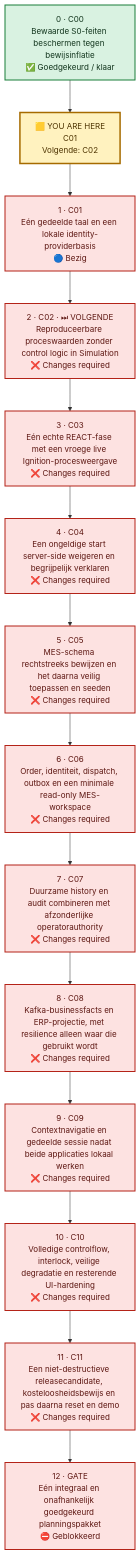
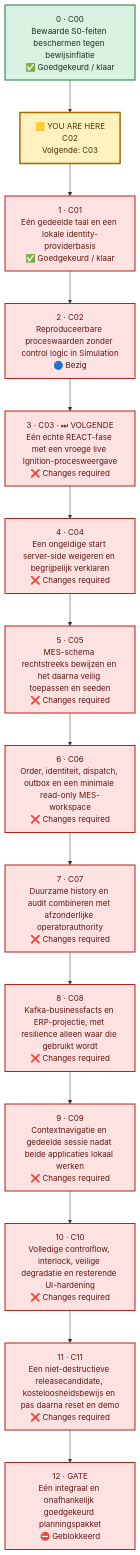
One commit to Jandesch91/n1-bioforge-requirements-cockpit changed the diagram in chunks.mmd. Above: the diagram before and after it, drawn with Mermaid. The commit also changed 3 other files, not shown here.

```diff
--- a/chunks.mmd
+++ b/chunks.mmd
@@ -1,27 +1,27 @@
 %%{init: {"flowchart": {"curve": "linear", "nodeSpacing": 55, "rankSpacing": 65, "htmlLabels": true}}}%%
 flowchart TB
     %% One vertical lane: order is explicit and no dependency arrows cross.
     chunk_0["0 · C00<br/>Bewaarde S0-feiten beschermen tegen bewijsinflatie<br/>✅ Goedgekeurd / klaar"]
-    chunk_1["1 · C01<br/>Eén gedeelde taal en een lokale identity-providerbasis<br/>🔵 Bezig"]
-    chunk_2["2 · C02 · ⏭ VOLGENDE<br/>Reproduceerbare proceswaarden zonder control logic in Simulation<br/>❌ Changes required"]
-    chunk_3["3 · C03<br/>Eén echte REACT-fase met een vroege live Ignition-procesweergave<br/>❌ Changes required"]
+    chunk_1["1 · C01<br/>Eén gedeelde taal en een lokale identity-providerbasis<br/>✅ Goedgekeurd / klaar"]
+    chunk_2["2 · C02<br/>Reproduceerbare proceswaarden zonder control logic in Simulation<br/>🔵 Bezig"]
+    chunk_3["3 · C03 · ⏭ VOLGENDE<br/>Eén echte REACT-fase met een vroege live Ignition-procesweergave<br/>❌ Changes required"]
     chunk_4["4 · C04<br/>Een ongeldige start server-side weigeren en begrijpelijk verklaren<br/>❌ Changes required"]
     chunk_5["5 · C05<br/>MES-schema rechtstreeks bewijzen en het daarna veilig toepassen en seeden<br/>❌ Changes required"]
     chunk_6["6 · C06<br/>Order, identiteit, dispatch, outbox en een minimale read-only MES-workspace<br/>❌ Changes required"]
     chunk_7["7 · C07<br/>Duurzame history en audit combineren met afzonderlijke operatorauthority<br/>❌ Changes required"]
     chunk_8["8 · C08<br/>Kafka-businessfacts en ERP-projectie, met resilience alleen waar die gebruikt wordt<br/>❌ Changes required"]
     chunk_9["9 · C09<br/>Contextnavigatie en gedeelde sessie nadat beide applicaties lokaal werken<br/>❌ Changes required"]
     chunk_10["10 · C10<br/>Volledige controlflow, interlock, veilige degradatie en resterende UI-hardening<br/>❌ Changes required"]
     chunk_11["11 · C11<br/>Een niet-destructieve releasecandidate, kosteloosheidsbewijs en pas daarna reset en demo<br/>❌ Changes required"]
     chunk_12["12 · GATE<br/>Eén integraal en onafhankelijk goedgekeurd planningspakket<br/>⛔ Geblokkeerd"]
-    current_marker["🟨 YOU ARE HERE<br/>C01<br/>Volgende: C02"]
+    current_marker["🟨 YOU ARE HERE<br/>C02<br/>Volgende: C03"]
     chunk_0 --> current_marker --> chunk_1
     chunk_1 --> chunk_2 --> chunk_3 --> chunk_4 --> chunk_5 --> chunk_6 --> chunk_7 --> chunk_8 --> chunk_9 --> chunk_10 --> chunk_11 --> chunk_12
     classDef approved fill:#D9F2E1,stroke:#1B7F3A,color:#12351D,stroke-width:2px
     classDef changes fill:#FDE2E1,stroke:#B42318,color:#5D1712,stroke-width:2px
     classDef blocked fill:#FDE2E1,stroke:#B42318,color:#5D1712,stroke-width:2px
     classDef current fill:#FFF2BF,stroke:#A66B00,color:#4D3300,stroke-width:3px
     class chunk_0 approved
     class chunk_1,chunk_2,chunk_3,chunk_4,chunk_5,chunk_6,chunk_7,chunk_8,chunk_9,chunk_10,chunk_11 changes
     class chunk_12 blocked
     class current_marker current
```
